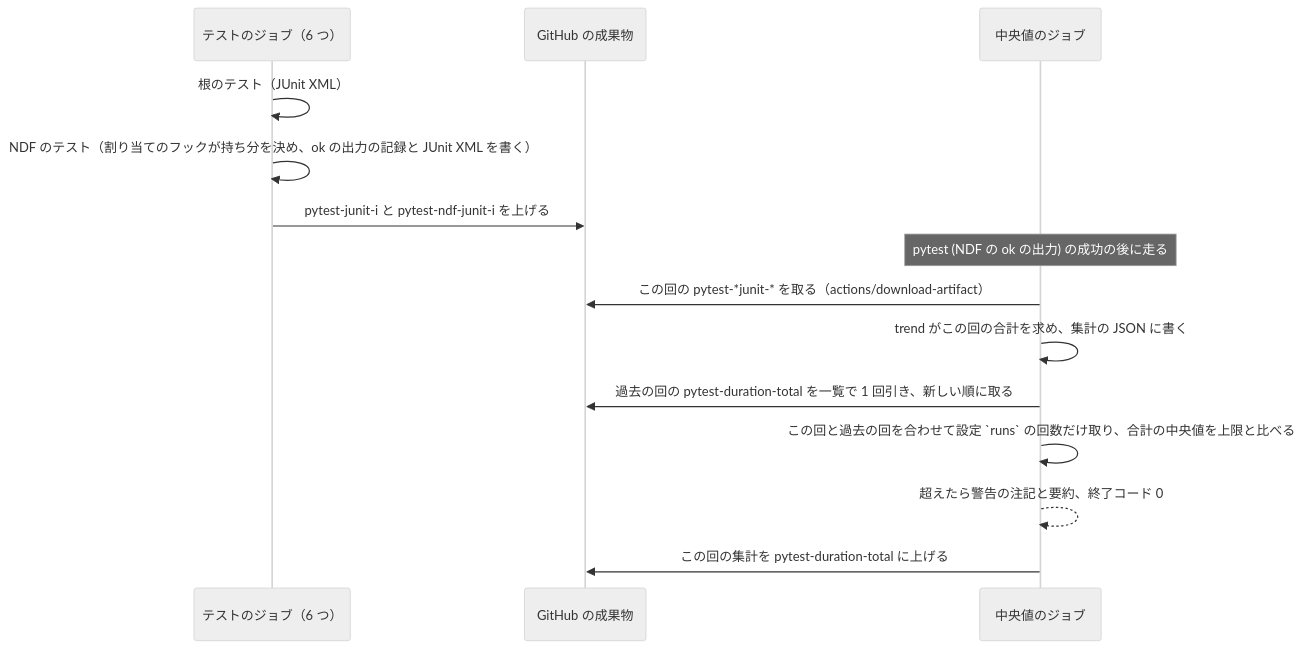
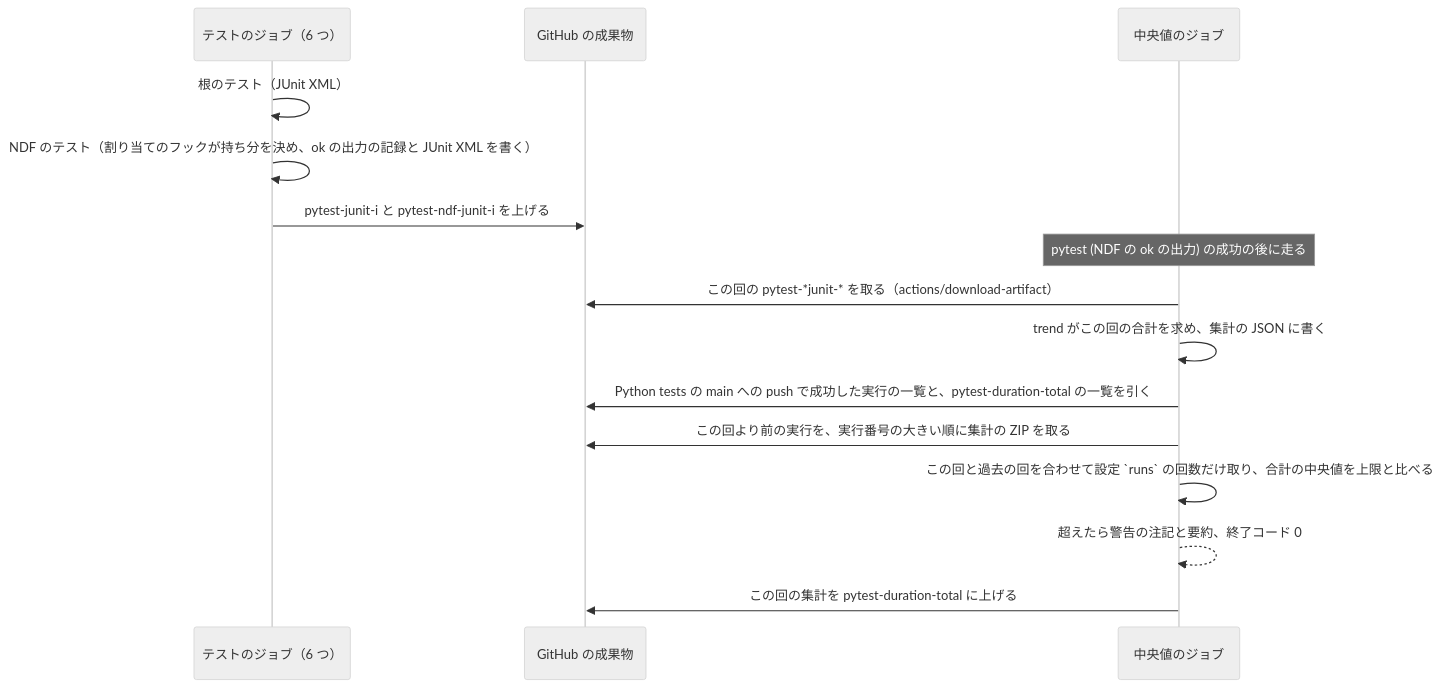
The fourth of 4 diagrams in issues/issue-4331-design.md (devbasex/ai-plugins), drawn with Mermaid (neutral theme) before and after one commit. The commit also changed other lines of this file, not shown here.

````diff
--- a/issues/issue-4331-design.md
+++ b/issues/issue-4331-design.md
@@ -127,16 +127,17 @@
 ```mermaid
 sequenceDiagram
     participant J as テストのジョブ（6 つ）
     participant G as GitHub の成果物
     participant D as 中央値のジョブ
     J->>J: 根のテスト（JUnit XML）
     J->>J: NDF のテスト（割り当てのフックが持ち分を決め、ok の出力の記録と JUnit XML を書く）
     J->>G: pytest-junit-i と pytest-ndf-junit-i を上げる
     Note over D: pytest (NDF の ok の出力) の成功の後に走る
     D->>G: この回の pytest-*junit-* を取る（actions/download-artifact）
     D->>D: trend がこの回の合計を求め、集計の JSON に書く
-    D->>G: 過去の回の pytest-duration-total を一覧で 1 回引き、新しい順に取る
+    D->>G: Python tests の main への push で成功した実行の一覧と、pytest-duration-total の一覧を引く
+    D->>G: この回より前の実行を、実行番号の大きい順に集計の ZIP を取る
     D->>D: この回と過去の回を合わせて設定 `runs` の回数だけ取り、合計の中央値を上限と比べる
     D-->>D: 超えたら警告の注記と要約、終了コード 0
     D->>G: この回の集計を pytest-duration-total に上げる
 ```
````
